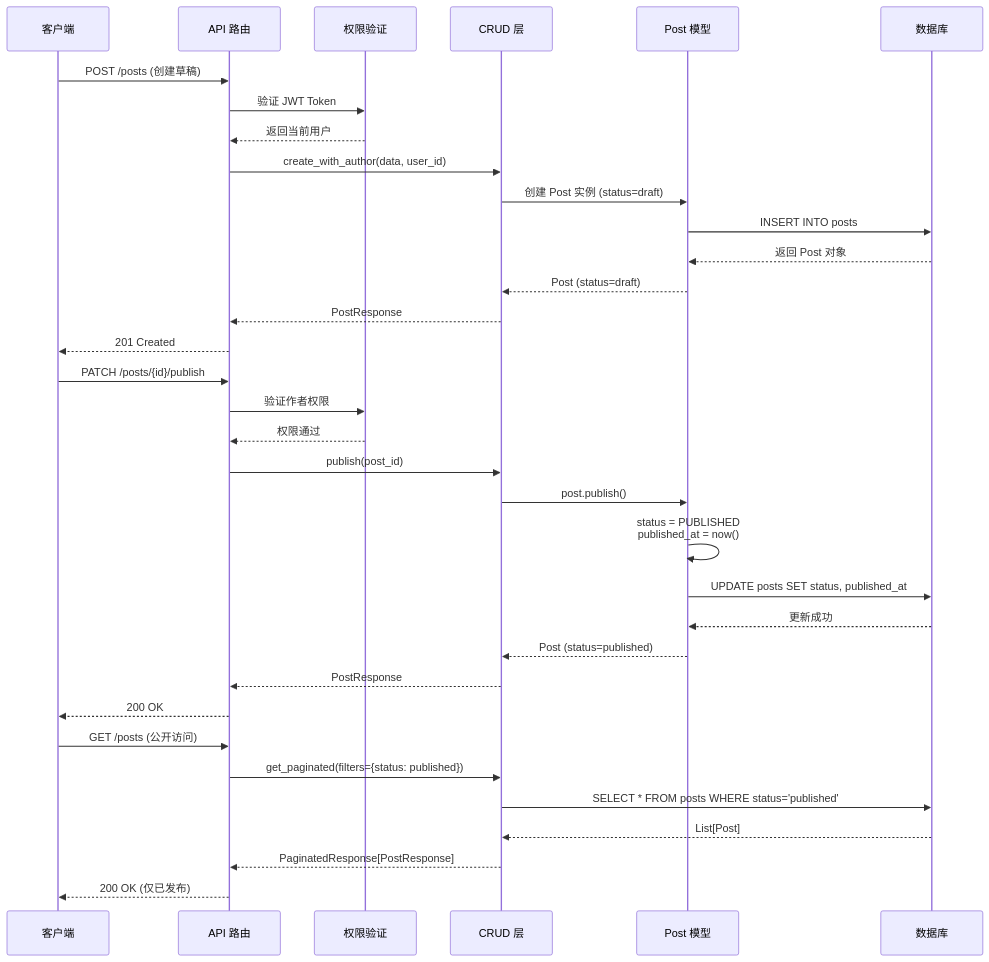
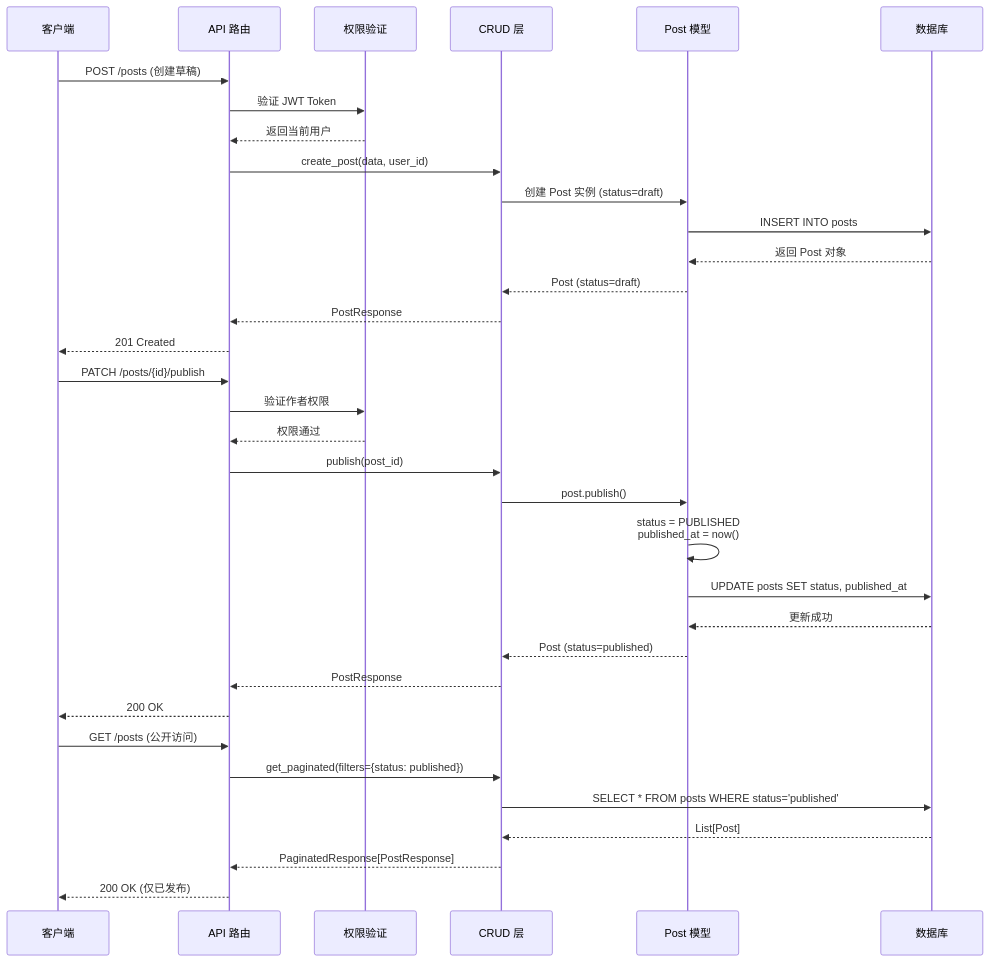
The third of 7 diagrams in docs/design/Phase6_文章管理设计.md (9ml121/fastapi_blog), drawn with Mermaid before and after one commit. The commit also changed other lines of this file and 52 other files, not shown here.

````diff
--- a/docs/design/Phase6_文章管理设计.md
+++ b/docs/design/Phase6_文章管理设计.md
@@ -194,42 +194,42 @@
 ```mermaid
 sequenceDiagram
     participant Client as 客户端
     participant API as API 路由
     participant Auth as 权限验证
     participant CRUD as CRUD 层
     participant Model as Post 模型
     participant DB as 数据库
 
     %% 创建草稿
     Client->>API: POST /posts (创建草稿)
     API->>Auth: 验证 JWT Token
     Auth-->>API: 返回当前用户
-    API->>CRUD: create_with_author(data, user_id)
+    API->>CRUD: create_post(data, user_id)
     CRUD->>Model: 创建 Post 实例 (status=draft)
     Model->>DB: INSERT INTO posts
     DB-->>Model: 返回 Post 对象
     Model-->>CRUD: Post (status=draft)
     CRUD-->>API: PostResponse
     API-->>Client: 201 Created
 
     %% 发布文章
     Client->>API: PATCH /posts/{id}/publish
     API->>Auth: 验证作者权限
     Auth-->>API: 权限通过
     API->>CRUD: publish(post_id)
     CRUD->>Model: post.publish()
     Model->>Model: status = PUBLISHED<br/>published_at = now()
     Model->>DB: UPDATE posts SET status, published_at
     DB-->>Model: 更新成功
     Model-->>CRUD: Post (status=published)
     CRUD-->>API: PostResponse
     API-->>Client: 200 OK
 
     %% 查询已发布文章列表
     Client->>API: GET /posts (公开访问)
     API->>CRUD: get_paginated(filters={status: published})
     CRUD->>DB: SELECT * FROM posts WHERE status='published'
     DB-->>CRUD: List[Post]
     CRUD-->>API: PaginatedResponse[PostResponse]
     API-->>Client: 200 OK (仅已发布)
 ```
````
